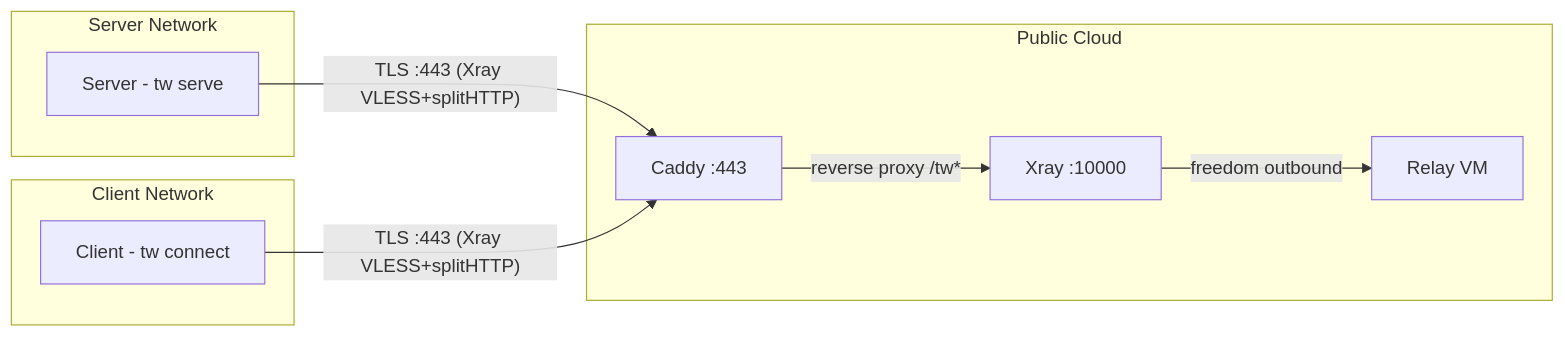
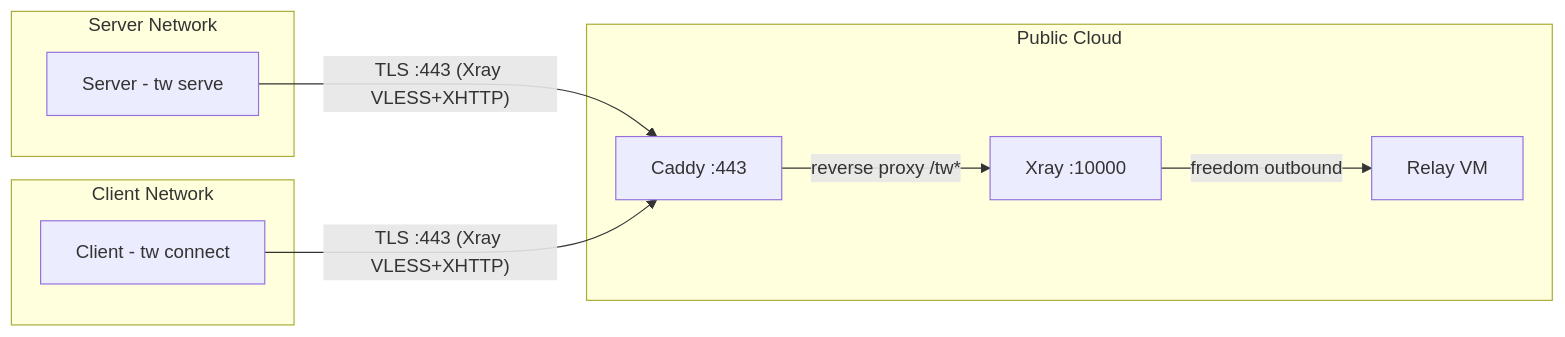
One commit to Tunnel-Whisperer/Tunnel-Whisperer changed the diagram in docs/architecture/index.md. Above: the diagram before and after it, drawn with Mermaid. The commit also changed 34 other files, not shown here.

````diff
--- a/docs/architecture/index.md
+++ b/docs/architecture/index.md
@@ -7,21 +7,21 @@
 ```mermaid
 graph LR
     subgraph Server Network
         S[Server - tw serve]
     end
 
     subgraph Public Cloud
         R[Relay VM]
         C_[Caddy :443]
         X[Xray :10000]
     end
 
     subgraph Client Network
         CL[Client - tw connect]
     end
 
-    S -- "TLS :443 (Xray VLESS+splitHTTP)" --> C_
-    CL -- "TLS :443 (Xray VLESS+splitHTTP)" --> C_
+    S -- "TLS :443 (Xray VLESS+XHTTP)" --> C_
+    CL -- "TLS :443 (Xray VLESS+XHTTP)" --> C_
     C_ -- "reverse proxy /tw*" --> X
     X -- "freedom outbound" --> R
 ```
````
